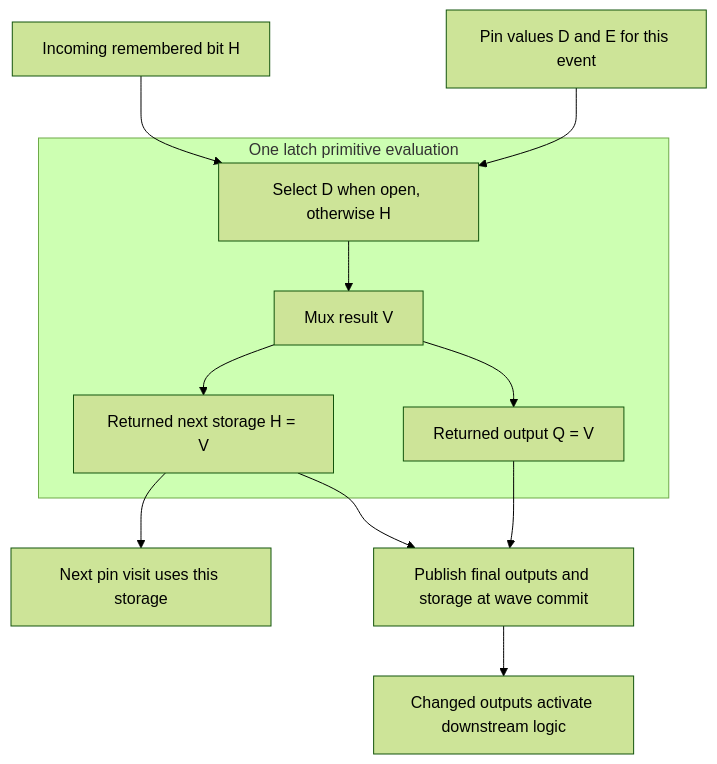
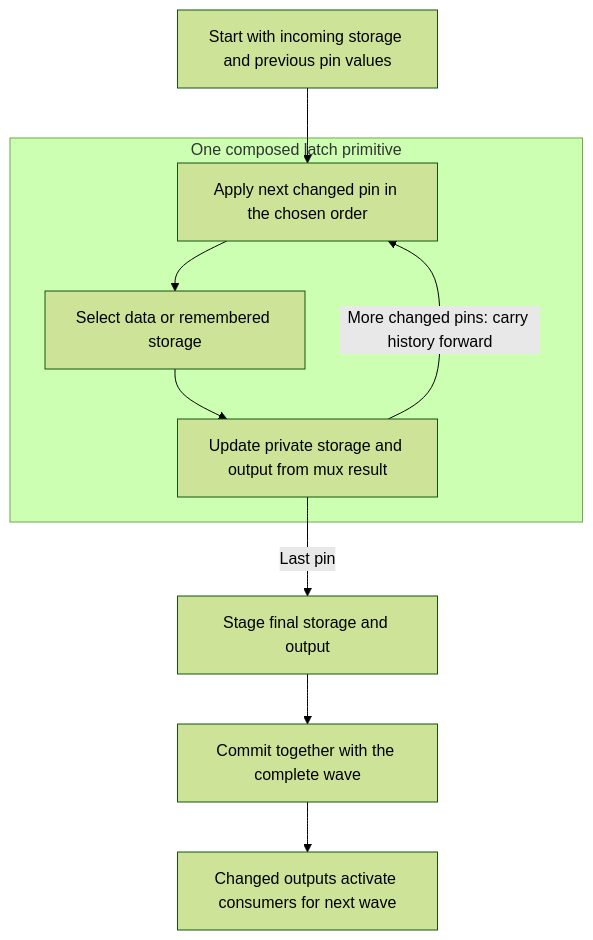
The second of 2 diagrams in docs/sec-latch-implementation.md (keplertech/kepler-formal), drawn with Mermaid (forest theme) before and after one commit. The commit also changed other lines of this file and 4 other files, not shown here.

````diff
--- a/docs/sec-latch-implementation.md
+++ b/docs/sec-latch-implementation.md
@@ -297,14 +52,13 @@
 ```mermaid
 flowchart TD
-    I[Pin values D and E for this event] --> M
-    H[Incoming remembered bit H] --> M
-    subgraph P[One latch primitive evaluation]
-        M[Select D when open, otherwise H] --> V[Mux result V]
-        V --> Q[Returned output Q = V]
-        V --> S[Returned next storage H = V]
+    A[Start with incoming storage and previous pin values] --> P
+    subgraph L[One composed latch primitive]
+        P[Apply next changed pin in the chosen order] --> M
+        M[Select data or remembered storage] --> R
+        R[Update private storage and output from mux result]
+        R -->|More changed pins: carry history forward| P
     end
-    S --> N[Next pin visit uses this storage]
-    Q --> W[Publish final outputs and storage at wave commit]
-    S --> W
-    W --> C[Changed outputs activate downstream logic]
+    R -->|Last pin| S[Stage final storage and output]
+    S --> W[Commit together with the complete wave]
+    W --> N[Changed outputs activate consumers for next wave]
 ```
````
